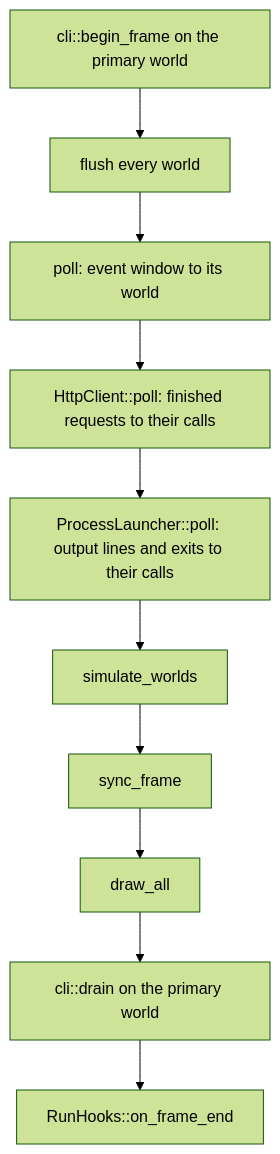
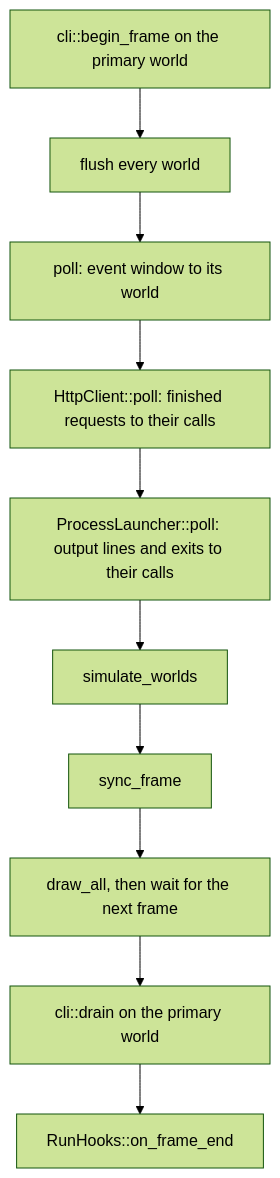
One commit to wismh/wind-engine changed the diagram in docs/tech/architecture/Runtime Loop.md. Above: the diagram before and after it, drawn with Mermaid (forest theme). The commit also changed other lines of this file and 19 other files, not shown here.

Commit message:
wind-180 feat: wait for vsync on one window per frame and let games turn it off or cap the frame rate

````diff
--- a/docs/tech/architecture/Runtime Loop.md
+++ b/docs/tech/architecture/Runtime Loop.md
@@ -55,12 +55,12 @@
 ```mermaid
 flowchart TD
   A["cli::begin_frame on the primary world"] --> B["flush every world"]
   B --> C["poll: event window to its world"]
   C --> C2["HttpClient::poll: finished requests to their calls"]
   C2 --> C3["ProcessLauncher::poll: output lines and exits to their calls"]
   C3 --> D["simulate_worlds"]
   D --> E["sync_frame"]
-  E --> F["draw_all"]
+  E --> F["draw_all, then wait for the next frame"]
   F --> G["cli::drain on the primary world"]
   G --> H["RunHooks::on_frame_end"]
 ```
````
